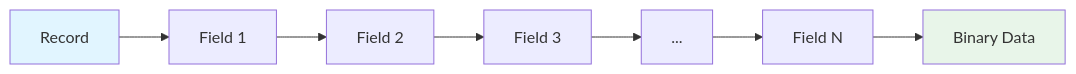
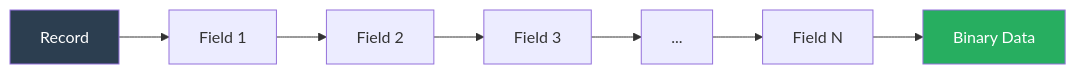
The fifth of 5 diagrams in Docs/ENCODING_MODEL.md (Mikedan37/BlazeBinary), drawn with Mermaid before and after one commit. The commit also changed other lines of this file and 11 other files, not shown here.

First line of the commit message:
Improve Mermaid diagrams and code display formatting

````diff
--- a/Docs/ENCODING_MODEL.md
+++ b/Docs/ENCODING_MODEL.md
@@ -166,12 +166,12 @@
 ```mermaid
 graph LR
     A[Record] --> B[Field 1]
     B --> C[Field 2]
     C --> D[Field 3]
     D --> E[...]
     E --> F[Field N]
     F --> G[Binary Data]
     
-    style A fill:#e1f5ff
-    style G fill:#e8f5e9
+    style A fill:#2c3e50,color:#ffffff
+    style G fill:#27ae60,color:#ffffff
 ```
````
